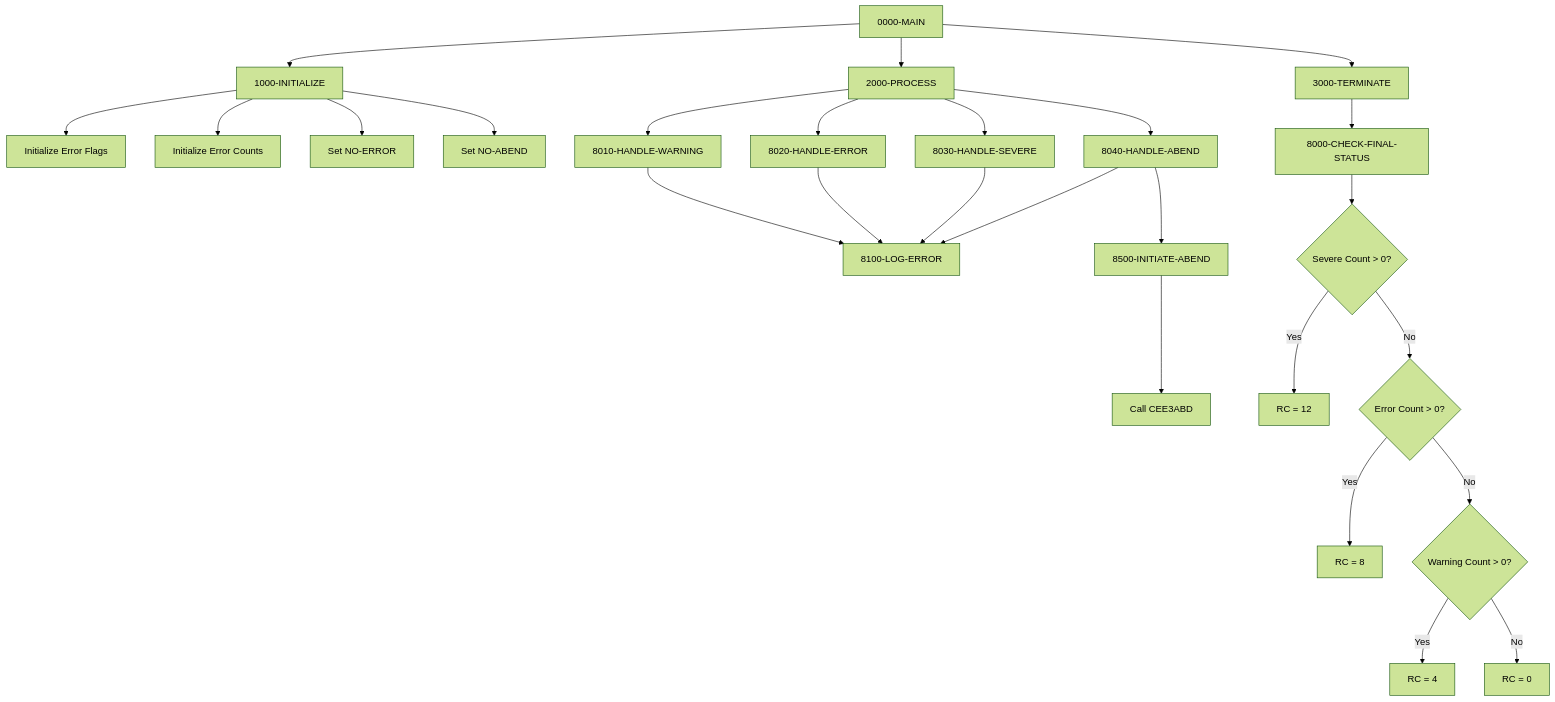
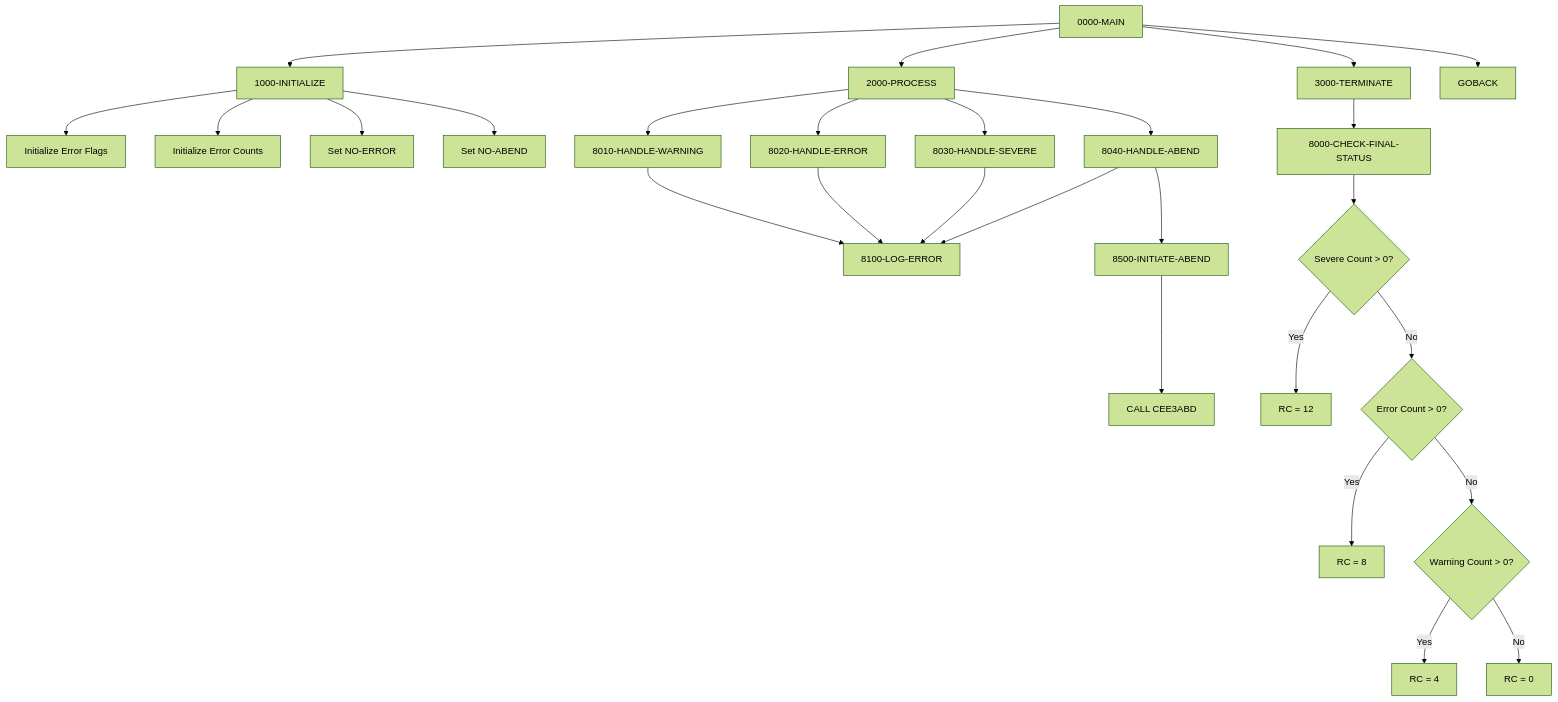
Before and after one commit to haladir-com/legacy-benchmark-docs-vb70e1: the diagram in docs/programs/ERRHANDL.mdx, drawn with Mermaid (forest theme). The commit also changed other lines of this file and 63 other files, not shown here.

````diff
--- a/docs/programs/ERRHANDL.mdx
+++ b/docs/programs/ERRHANDL.mdx
@@ -19,33 +25,33 @@
 ```mermaid
 graph TD
     A[0000-MAIN] --> B[1000-INITIALIZE]
     A --> C[2000-PROCESS]
     A --> D[3000-TERMINATE]
+    A --> E[GOBACK]
     
     B --> B1[Initialize Error Flags]
     B --> B2[Initialize Error Counts]
     B --> B3[Set NO-ERROR]
     B --> B4[Set NO-ABEND]
     
     C --> C1[8010-HANDLE-WARNING]
     C --> C2[8020-HANDLE-ERROR]
     C --> C3[8030-HANDLE-SEVERE]
     C --> C4[8040-HANDLE-ABEND]
     
-    C1 --> E[8100-LOG-ERROR]
-    C2 --> E
-    C3 --> E
-    C4 --> E
-    C4 --> F[8500-INITIATE-ABEND]
+    C1 --> L[8100-LOG-ERROR]
+    C2 --> L
+    C3 --> L
+    C4 --> L
+    C4 --> AB[8500-INITIATE-ABEND]
+    AB --> AB1[CALL CEE3ABD]
     
-    F --> F1[Call CEE3ABD]
-    
-    D --> G[8000-CHECK-FINAL-STATUS]
-    G --> G1{Severe Count > 0?}
-    G1 -->|Yes| G2[RC = 12]
-    G1 -->|No| G3{Error Count > 0?}
-    G3 -->|Yes| G4[RC = 8]
-    G3 -->|No| G5{Warning Count > 0?}
-    G5 -->|Yes| G6[RC = 4]
-    G5 -->|No| G7[RC = 0]
+    D --> D1[8000-CHECK-FINAL-STATUS]
+    D1 --> D2{Severe Count > 0?}
+    D2 -->|Yes| D3[RC = 12]
+    D2 -->|No| D4{Error Count > 0?}
+    D4 -->|Yes| D5[RC = 8]
+    D4 -->|No| D6{Warning Count > 0?}
+    D6 -->|Yes| D7[RC = 4]
+    D6 -->|No| D8[RC = 0]
 ```
````
